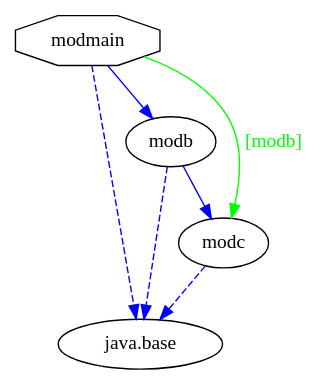
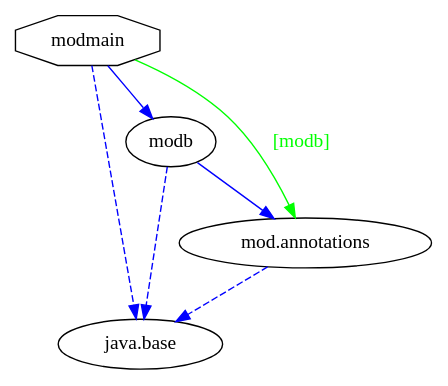
Before and after one commit to accso/java9-jigsaw-examples: the diagram in jigsaw-examples/example_annotations/moduledependencies.dot, drawn with Graphviz. The commit also changed 13 other files, not shown here.

```diff
--- a/jigsaw-examples/example_annotations/moduledependencies.dot
+++ b/jigsaw-examples/example_annotations/moduledependencies.dot
@@ -1,13 +1,13 @@
-# Created by depvis.JigsawDepVisualizer on Tue Oct 17 12:27:17 CEST 2017
+# Created by depvis.JigsawDepVisualizer on Fri Nov 03 09:08:18 CET 2017
 digraph Java9_Dependency_Visualizer {
 modmain[fontname="Consolas",shape="octagon",label="modmain"];
 modb[fontname="Consolas",shape="ellipse",label="modb"];
 java_base[fontname="Consolas",shape="ellipse",label="java.base"];
-modc[fontname="Consolas",shape="ellipse",label="modc"];
+mod_annotations[fontname="Consolas",shape="ellipse",label="mod.annotations"];
 modmain -> modb[color="#0000ff",fontname="Consolas",fontcolor="#0000ff",weight="8"]
 modmain -> java_base[color="#0000ff",fontname="Consolas",fontcolor="#0000ff",style="dashed",weight="16"]
-modmain -> modc[color="#00ff00",fontname="Consolas",fontcolor="#00ff00",weight="4",label="[modb]"]
-modc -> java_base[color="#0000ff",fontname="Consolas",fontcolor="#0000ff",style="dashed",weight="16"]
-modb -> modc[color="#0000ff",fontname="Consolas",fontcolor="#0000ff",weight="8"]
+modmain -> mod_annotations[color="#00ff00",fontname="Consolas",fontcolor="#00ff00",weight="4",label="[modb]"]
+mod_annotations -> java_base[color="#0000ff",fontname="Consolas",fontcolor="#0000ff",style="dashed",weight="16"]
+modb -> mod_annotations[color="#0000ff",fontname="Consolas",fontcolor="#0000ff",weight="8"]
 modb -> java_base[color="#0000ff",fontname="Consolas",fontcolor="#0000ff",style="dashed",weight="16"]
 }
```
